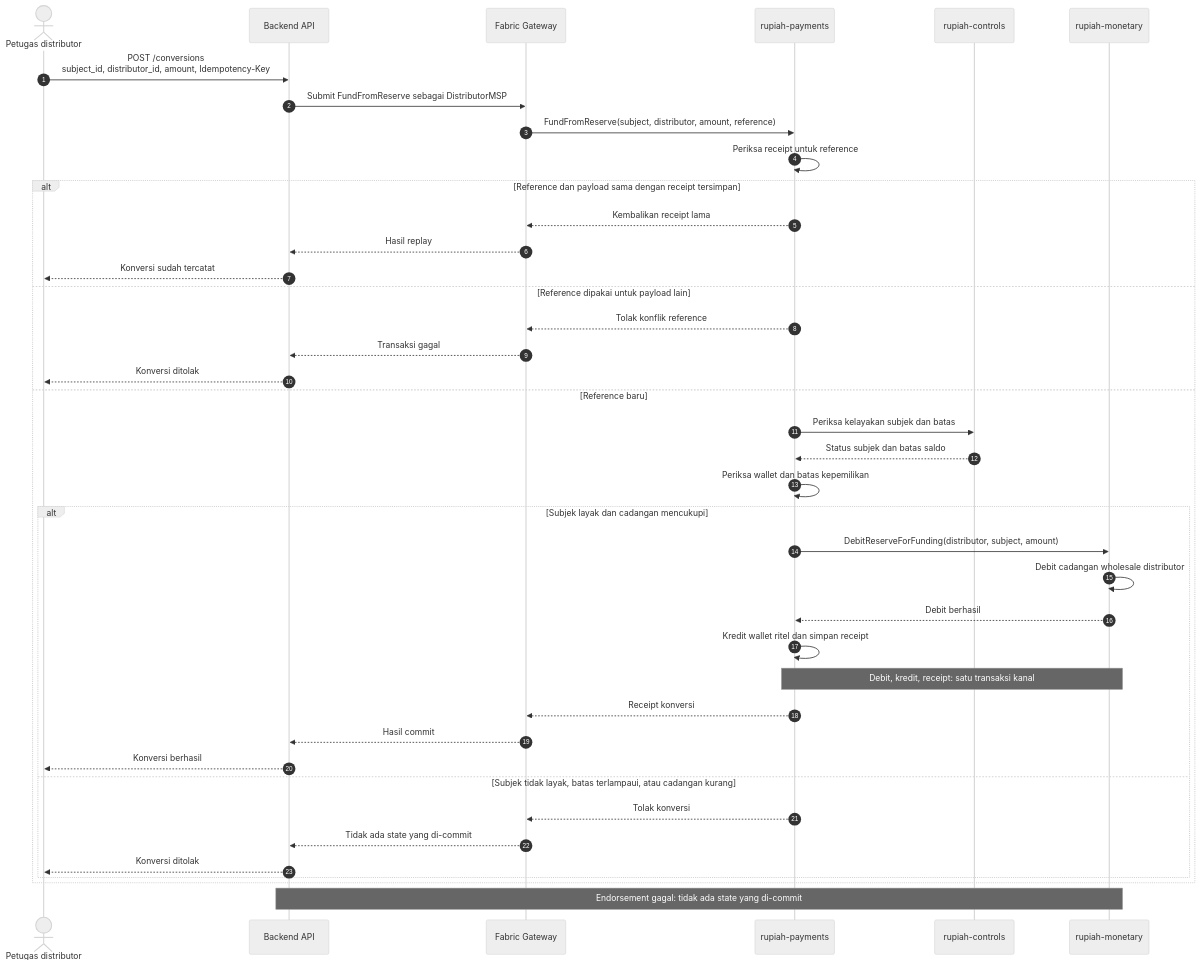
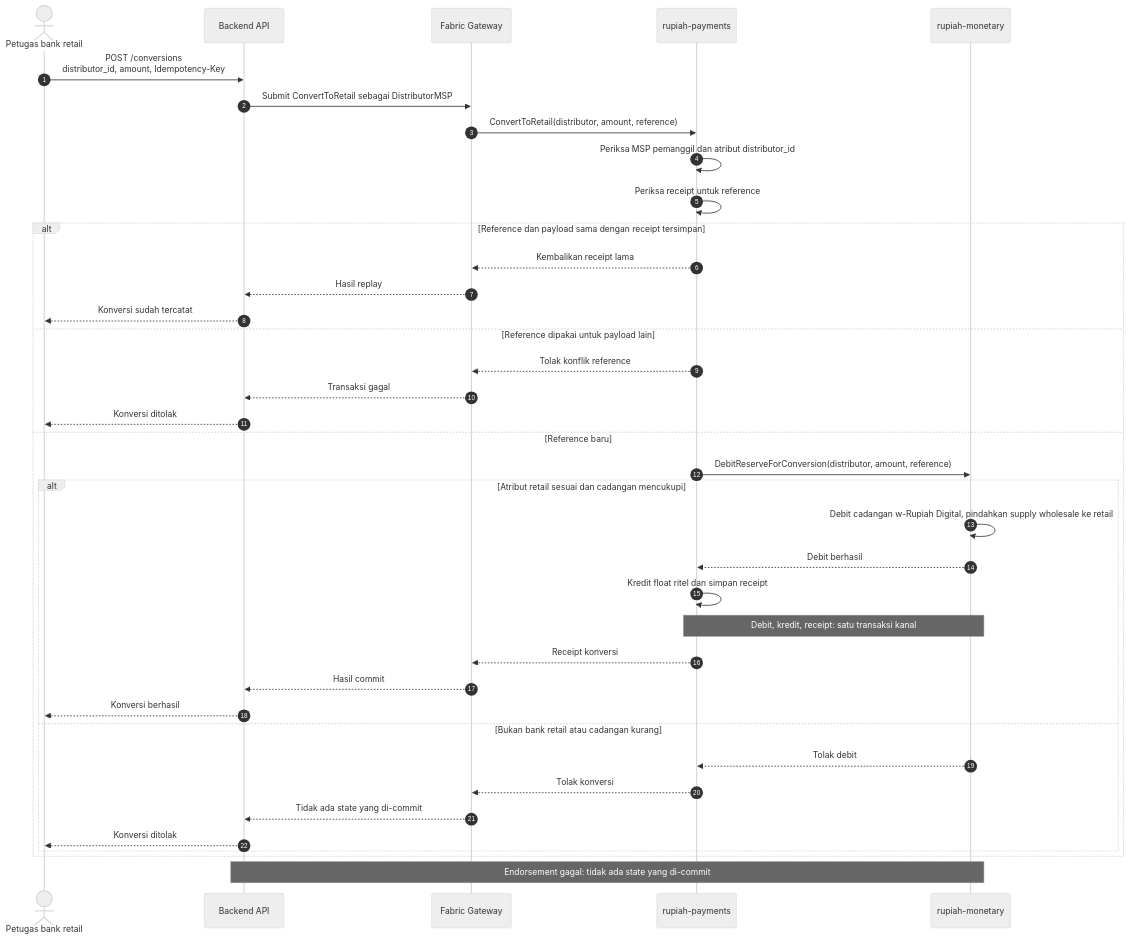
The diagram in thesis/contents/figures/study-controls-sequence-conversion.mmd (mfachrizalg/bi-coin), drawn with Mermaid (neutral theme) before and after one commit. The commit also changed 364 other files, not shown here.

```diff
--- a/thesis/contents/figures/study-controls-sequence-conversion.mmd
+++ b/thesis/contents/figures/study-controls-sequence-conversion.mmd
@@ -1,41 +1,39 @@
 sequenceDiagram
     autonumber
-    actor D as Petugas distributor
+    actor D as Petugas bank retail
     participant API as Backend API
     participant GW as Fabric Gateway
     participant Pay as rupiah-payments
-    participant Ctrl as rupiah-controls
     participant Mon as rupiah-monetary
 
-    D->>API: POST /conversions<br/>subject_id, distributor_id, amount, Idempotency-Key
-    API->>GW: Submit FundFromReserve sebagai DistributorMSP
-    GW->>Pay: FundFromReserve(subject, distributor, amount, reference)
+    D->>API: POST /conversions<br/>distributor_id, amount, Idempotency-Key
+    API->>GW: Submit ConvertToRetail sebagai DistributorMSP
+    GW->>Pay: ConvertToRetail(distributor, amount, reference)
+    Pay->>Pay: Periksa MSP pemanggil dan atribut distributor_id
     Pay->>Pay: Periksa receipt untuk reference
     alt Reference dan payload sama dengan receipt tersimpan
         Pay-->>GW: Kembalikan receipt lama
         GW-->>API: Hasil replay
         API-->>D: Konversi sudah tercatat
     else Reference dipakai untuk payload lain
         Pay-->>GW: Tolak konflik reference
         GW-->>API: Transaksi gagal
         API-->>D: Konversi ditolak
     else Reference baru
-        Pay->>Ctrl: Periksa kelayakan subjek dan batas
-        Ctrl-->>Pay: Status subjek dan batas saldo
-        Pay->>Pay: Periksa wallet dan batas kepemilikan
-        alt Subjek layak dan cadangan mencukupi
-            Pay->>Mon: DebitReserveForFunding(distributor, subject, amount)
-            Mon->>Mon: Debit cadangan wholesale distributor
+        Pay->>Mon: DebitReserveForConversion(distributor, amount, reference)
+        alt Atribut retail sesuai dan cadangan mencukupi
+            Mon->>Mon: Debit cadangan w-Rupiah Digital, pindahkan supply wholesale ke retail
             Mon-->>Pay: Debit berhasil
-            Pay->>Pay: Kredit wallet ritel dan simpan receipt
+            Pay->>Pay: Kredit float ritel dan simpan receipt
             Note over Pay,Mon: Debit, kredit, receipt: satu transaksi kanal
             Pay-->>GW: Receipt konversi
             GW-->>API: Hasil commit
             API-->>D: Konversi berhasil
-        else Subjek tidak layak, batas terlampaui, atau cadangan kurang
+        else Bukan bank retail atau cadangan kurang
+            Mon-->>Pay: Tolak debit
             Pay-->>GW: Tolak konversi
             GW-->>API: Tidak ada state yang di-commit
             API-->>D: Konversi ditolak
         end
     end
     Note over API,Mon: Endorsement gagal: tidak ada state yang di-commit
```
